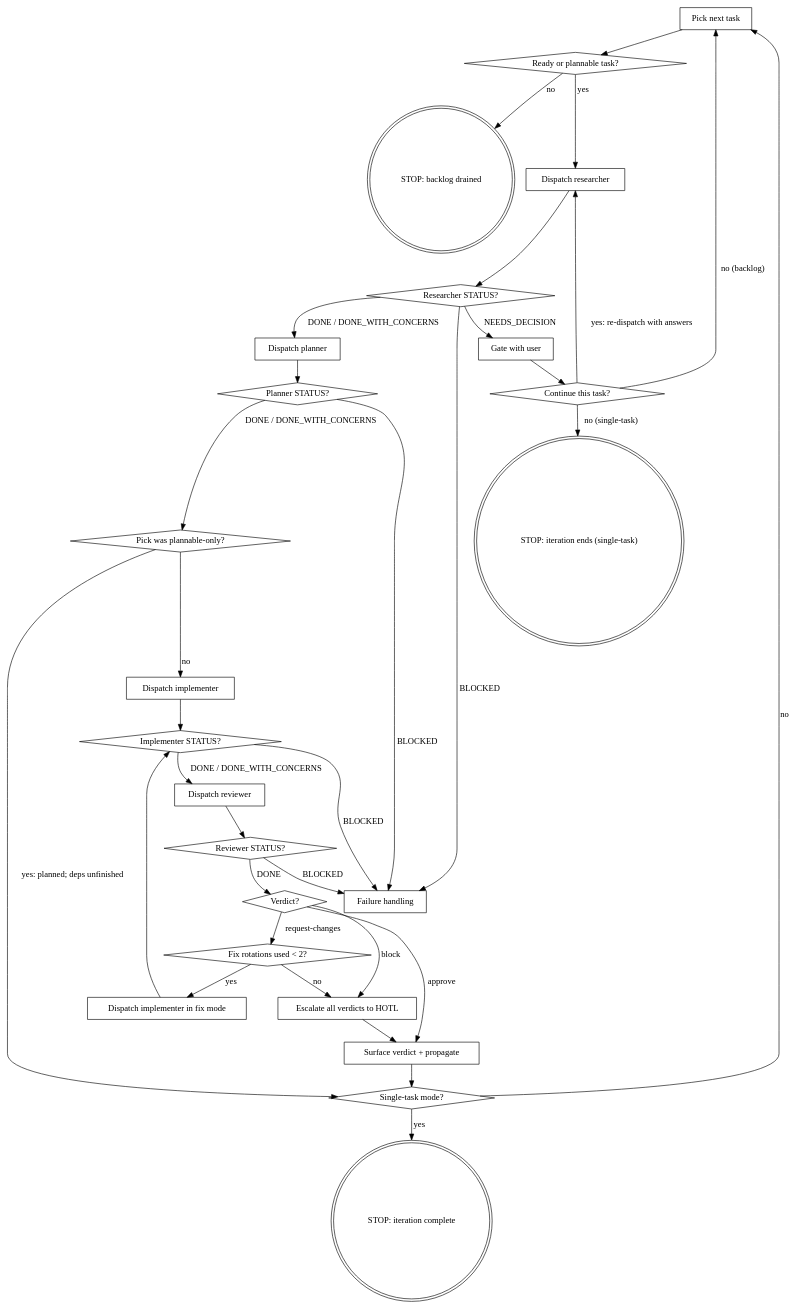
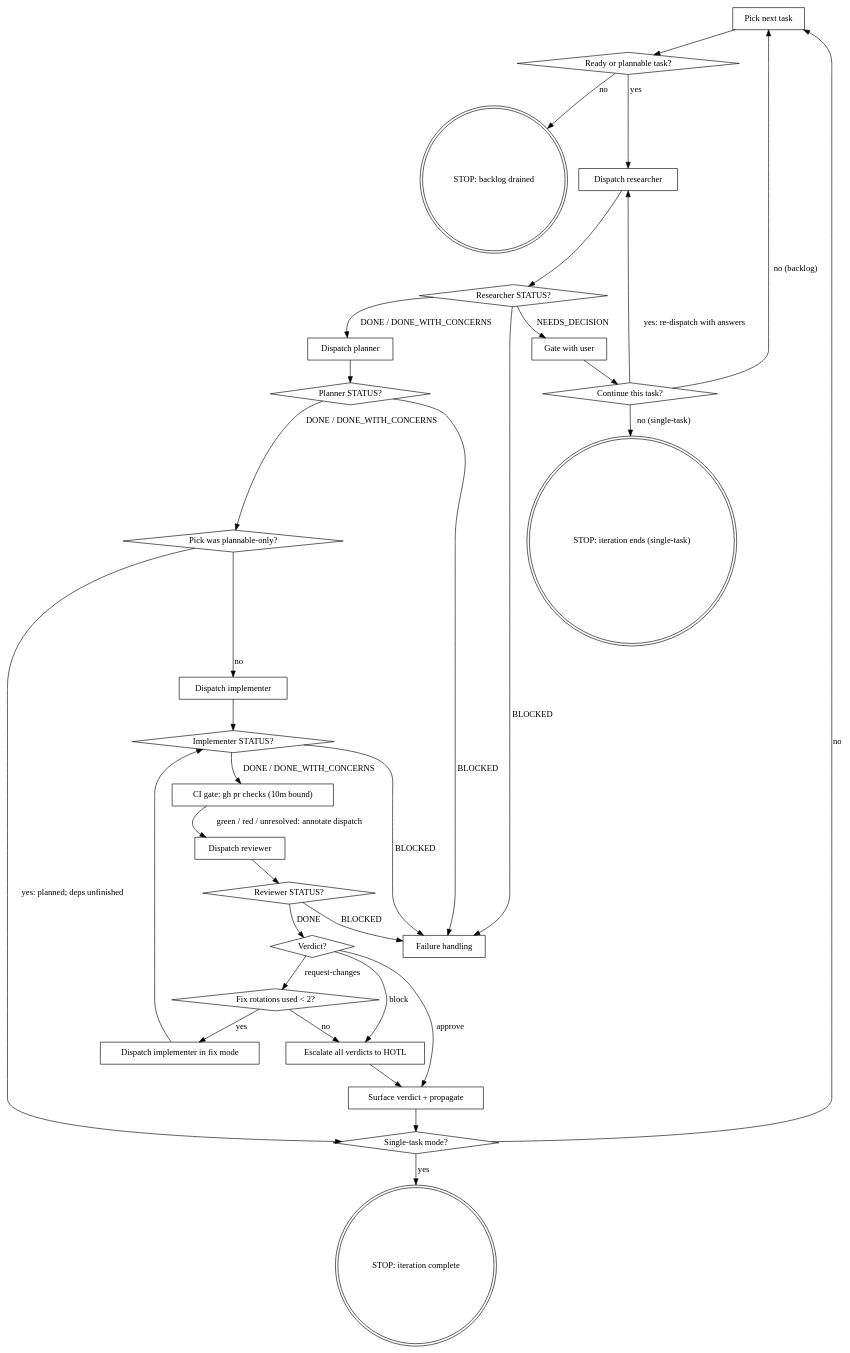
Before and after one commit to FrkAk/piyaz: the diagram in plugins/claude-code/skills/composer/SKILL.md, drawn with Graphviz. The commit also changed other lines of this file and 1 other file, not shown here.

Commit message:
feat: gate composer review dispatch on pr checks

````diff
--- a/plugins/claude-code/skills/composer/SKILL.md
+++ b/plugins/claude-code/skills/composer/SKILL.md
@@ -82,60 +82,62 @@
 ```dot
 digraph composer_iteration {
     "Pick next task" [shape=box];
     "Ready or plannable task?" [shape=diamond];
     "STOP: backlog drained" [shape=doublecircle];
     "Dispatch researcher" [shape=box];
     "Researcher STATUS?" [shape=diamond];
     "Gate with user" [shape=box];
     "Continue this task?" [shape=diamond];
     "STOP: iteration ends (single-task)" [shape=doublecircle];
     "Dispatch planner" [shape=box];
     "Planner STATUS?" [shape=diamond];
     "Pick was plannable-only?" [shape=diamond];
     "Dispatch implementer" [shape=box];
     "Implementer STATUS?" [shape=diamond];
     "Dispatch reviewer" [shape=box];
     "Reviewer STATUS?" [shape=diamond];
     "Verdict?" [shape=diamond];
     "Fix rotations used < 2?" [shape=diamond];
     "Dispatch implementer in fix mode" [shape=box];
+    "CI gate: gh pr checks (10m bound)" [shape=box];
     "Escalate all verdicts to HOTL" [shape=box];
     "Surface verdict + propagate" [shape=box];
     "Failure handling" [shape=box];
     "Single-task mode?" [shape=diamond];
     "STOP: iteration complete" [shape=doublecircle];
 
     "Pick next task" -> "Ready or plannable task?";
     "Ready or plannable task?" -> "STOP: backlog drained" [label="no"];
     "Ready or plannable task?" -> "Dispatch researcher" [label="yes"];
     "Dispatch researcher" -> "Researcher STATUS?";
     "Researcher STATUS?" -> "Dispatch planner" [label="DONE / DONE_WITH_CONCERNS"];
     "Researcher STATUS?" -> "Gate with user" [label="NEEDS_DECISION"];
     "Researcher STATUS?" -> "Failure handling" [label="BLOCKED"];
     "Gate with user" -> "Continue this task?";
     "Continue this task?" -> "Dispatch researcher" [label="yes: re-dispatch with answers"];
     "Continue this task?" -> "Pick next task" [label="no (backlog)"];
     "Continue this task?" -> "STOP: iteration ends (single-task)" [label="no (single-task)"];
     "Dispatch planner" -> "Planner STATUS?";
     "Planner STATUS?" -> "Pick was plannable-only?" [label="DONE / DONE_WITH_CONCERNS"];
     "Pick was plannable-only?" -> "Dispatch implementer" [label="no"];
     "Pick was plannable-only?" -> "Single-task mode?" [label="yes: planned; deps unfinished"];
     "Planner STATUS?" -> "Failure handling" [label="BLOCKED"];
     "Dispatch implementer" -> "Implementer STATUS?";
-    "Implementer STATUS?" -> "Dispatch reviewer" [label="DONE / DONE_WITH_CONCERNS"];
+    "Implementer STATUS?" -> "CI gate: gh pr checks (10m bound)" [label="DONE / DONE_WITH_CONCERNS"];
+    "CI gate: gh pr checks (10m bound)" -> "Dispatch reviewer" [label="green / red / unresolved: annotate dispatch"];
     "Implementer STATUS?" -> "Failure handling" [label="BLOCKED"];
     "Dispatch reviewer" -> "Reviewer STATUS?";
     "Reviewer STATUS?" -> "Verdict?" [label="DONE"];
     "Reviewer STATUS?" -> "Failure handling" [label="BLOCKED"];
     "Verdict?" -> "Surface verdict + propagate" [label="approve"];
     "Verdict?" -> "Fix rotations used < 2?" [label="request-changes"];
     "Verdict?" -> "Escalate all verdicts to HOTL" [label="block"];
     "Fix rotations used < 2?" -> "Dispatch implementer in fix mode" [label="yes"];
     "Fix rotations used < 2?" -> "Escalate all verdicts to HOTL" [label="no"];
     "Dispatch implementer in fix mode" -> "Implementer STATUS?";
     "Escalate all verdicts to HOTL" -> "Surface verdict + propagate";
     "Surface verdict + propagate" -> "Single-task mode?";
     "Single-task mode?" -> "STOP: iteration complete" [label="yes"];
     "Single-task mode?" -> "Pick next task" [label="no"];
 }
 ```
````
